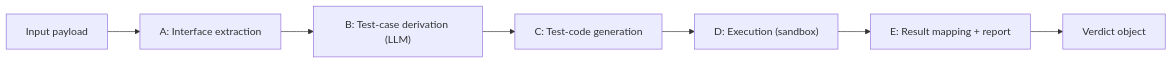
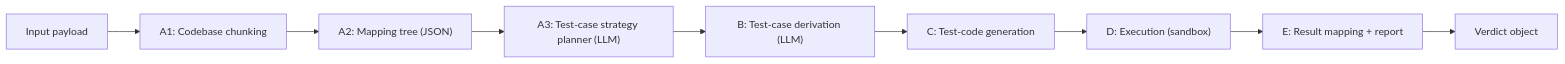
The first of 4 diagrams in testing-agent-implementation-reference.md (nishantk1710/SDLC_Agentic_AI), drawn with Mermaid before and after one commit. The commit also changed other lines of this file, not shown here.

````diff
--- a/testing-agent-implementation-reference.md
+++ b/testing-agent-implementation-reference.md
@@ -103,9 +103,11 @@
 ```mermaid
 flowchart LR
-    IN["Input payload"] --> A["A: Interface extraction"]
-    A --> B["B: Test-case derivation (LLM)"]
+    IN["Input payload"] --> A1["A1: Codebase chunking"]
+    A1 --> A2["A2: Mapping tree (JSON)"]
+    A2 --> A3["A3: Test-case strategy planner (LLM)"]
+    A3 --> B["B: Test-case derivation (LLM)"]
     B --> C["C: Test-code generation"]
     C --> D["D: Execution (sandbox)"]
     D --> E["E: Result mapping + report"]
     E --> OUT["Verdict object"]
 ```
````
